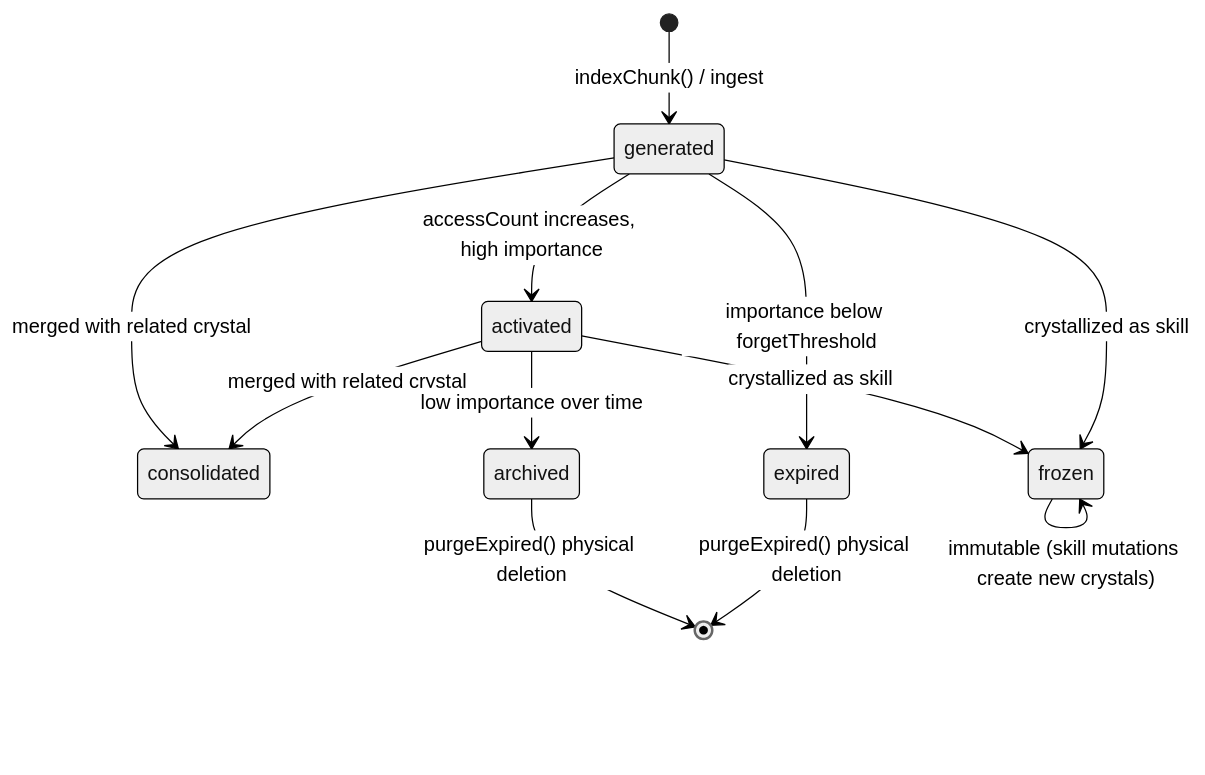
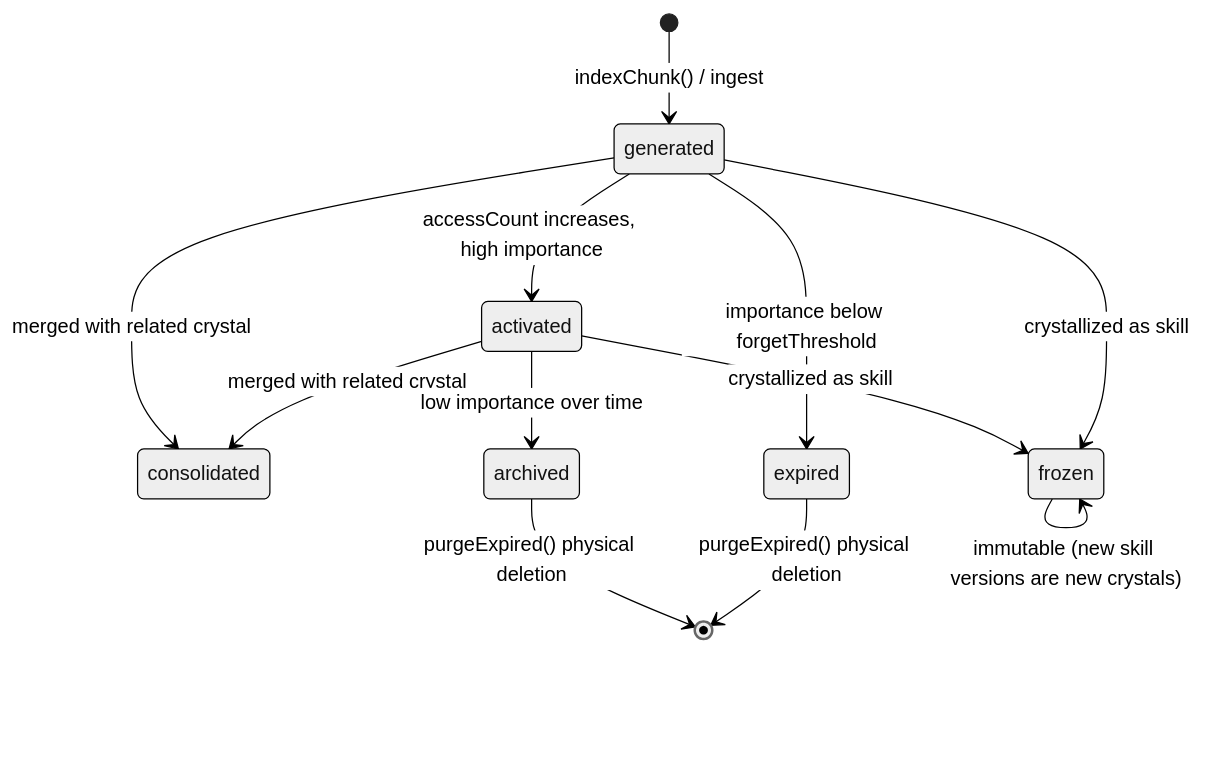
Before and after one commit to Bitterbot-AI/bitterbot-desktop: the first of 2 diagrams in docs/memory/knowledge-crystals.md, drawn with Mermaid (neutral theme). The commit also changed other lines of this file and 40 other files, not shown here.

````diff
--- a/docs/memory/knowledge-crystals.md
+++ b/docs/memory/knowledge-crystals.md
@@ -134,14 +134,14 @@
 ```mermaid
 stateDiagram-v2
     [*] --> generated: indexChunk() / ingest
     generated --> activated: accessCount increases, high importance
     activated --> consolidated: merged with related crystal
     generated --> consolidated: merged with related crystal
     activated --> archived: low importance over time
     generated --> expired: importance below forgetThreshold
     generated --> frozen: crystallized as skill
     activated --> frozen: crystallized as skill
-    frozen --> frozen: immutable (skill mutations create new crystals)
+    frozen --> frozen: immutable (new skill versions are new crystals)
     expired --> [*]: purgeExpired() physical deletion
     archived --> [*]: purgeExpired() physical deletion
 ```
````
